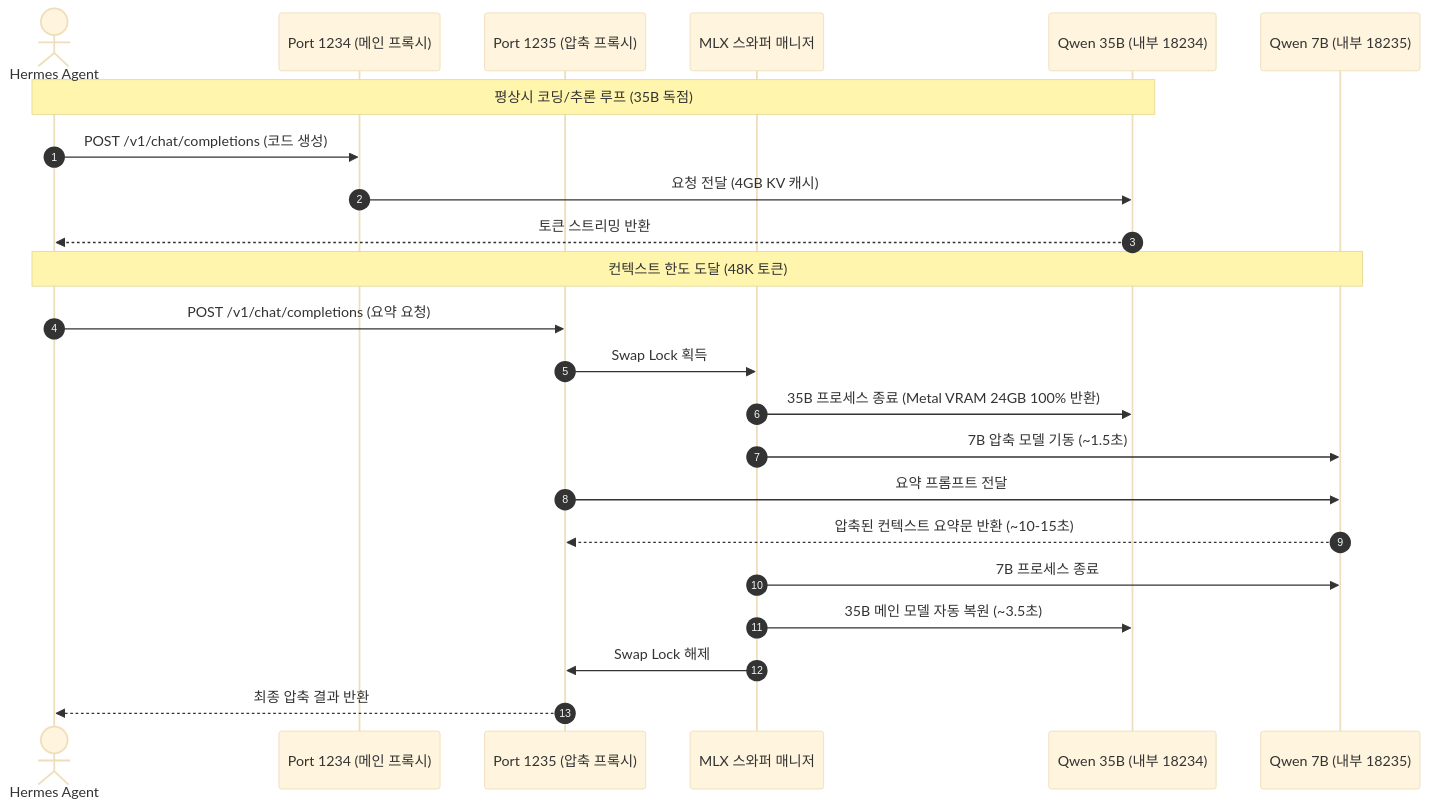
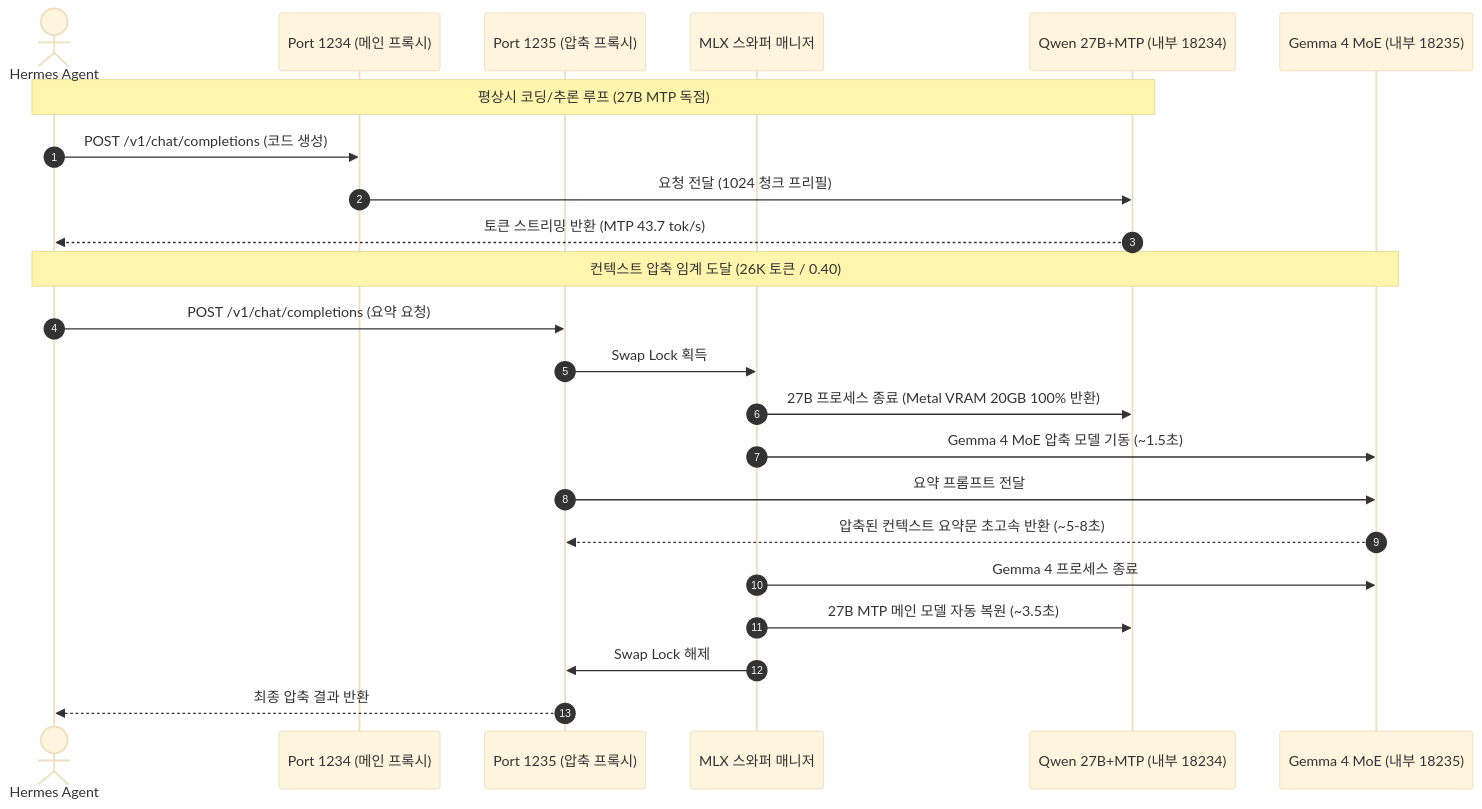
Before and after one commit to deokgoo/mlx-dynamic-swapper: the first of 2 diagrams in README.md, drawn with Mermaid (base theme). The commit also changed other lines of this file, not shown here.

Commit message:
docs: update README with Qwen 3.8 MTP, Gemma 4 MoE, and Universal Guard

````diff
--- a/README.md
+++ b/README.md
@@ -65,27 +65,27 @@
 ```mermaid
 sequenceDiagram
     autonumber
     actor Agent as Hermes Agent
     participant P1234 as Port 1234 (메인 프록시)
     participant P1235 as Port 1235 (압축 프록시)
     participant Swapper as MLX 스와퍼 매니저
-    participant M35B as Qwen 35B (내부 18234)
-    participant M7B as Qwen 7B (내부 18235)
+    participant M27B as Qwen 27B+MTP (내부 18234)
+    participant MGemma as Gemma 4 MoE (내부 18235)
 
-    Note over Agent,M35B: 평상시 코딩/추론 루프 (35B 독점)
+    Note over Agent,M27B: 평상시 코딩/추론 루프 (27B MTP 독점)
     Agent->>P1234: POST /v1/chat/completions (코드 생성)
-    P1234->>M35B: 요청 전달 (4GB KV 캐시)
-    M35B-->>Agent: 토큰 스트리밍 반환
+    P1234->>M27B: 요청 전달 (1024 청크 프리필)
+    M27B-->>Agent: 토큰 스트리밍 반환 (MTP 43.7 tok/s)
 
-    Note over Agent,M7B: 컨텍스트 한도 도달 (48K 토큰)
+    Note over Agent,MGemma: 컨텍스트 압축 임계 도달 (26K 토큰 / 0.40)
     Agent->>P1235: POST /v1/chat/completions (요약 요청)
     P1235->>Swapper: Swap Lock 획득
-    Swapper->>M35B: 35B 프로세스 종료 (Metal VRAM 24GB 100% 반환)
-    Swapper->>M7B: 7B 압축 모델 기동 (~1.5초)
-    P1235->>M7B: 요약 프롬프트 전달
-    M7B-->>P1235: 압축된 컨텍스트 요약문 반환 (~10-15초)
-    Swapper->>M7B: 7B 프로세스 종료
-    Swapper->>M35B: 35B 메인 모델 자동 복원 (~3.5초)
+    Swapper->>M27B: 27B 프로세스 종료 (Metal VRAM 20GB 100% 반환)
+    Swapper->>MGemma: Gemma 4 MoE 압축 모델 기동 (~1.5초)
+    P1235->>MGemma: 요약 프롬프트 전달
+    MGemma-->>P1235: 압축된 컨텍스트 요약문 초고속 반환 (~5-8초)
+    Swapper->>MGemma: Gemma 4 프로세스 종료
+    Swapper->>M27B: 27B MTP 메인 모델 자동 복원 (~3.5초)
     Swapper->>P1235: Swap Lock 해제
     P1235-->>Agent: 최종 압축 결과 반환
 ```
````
